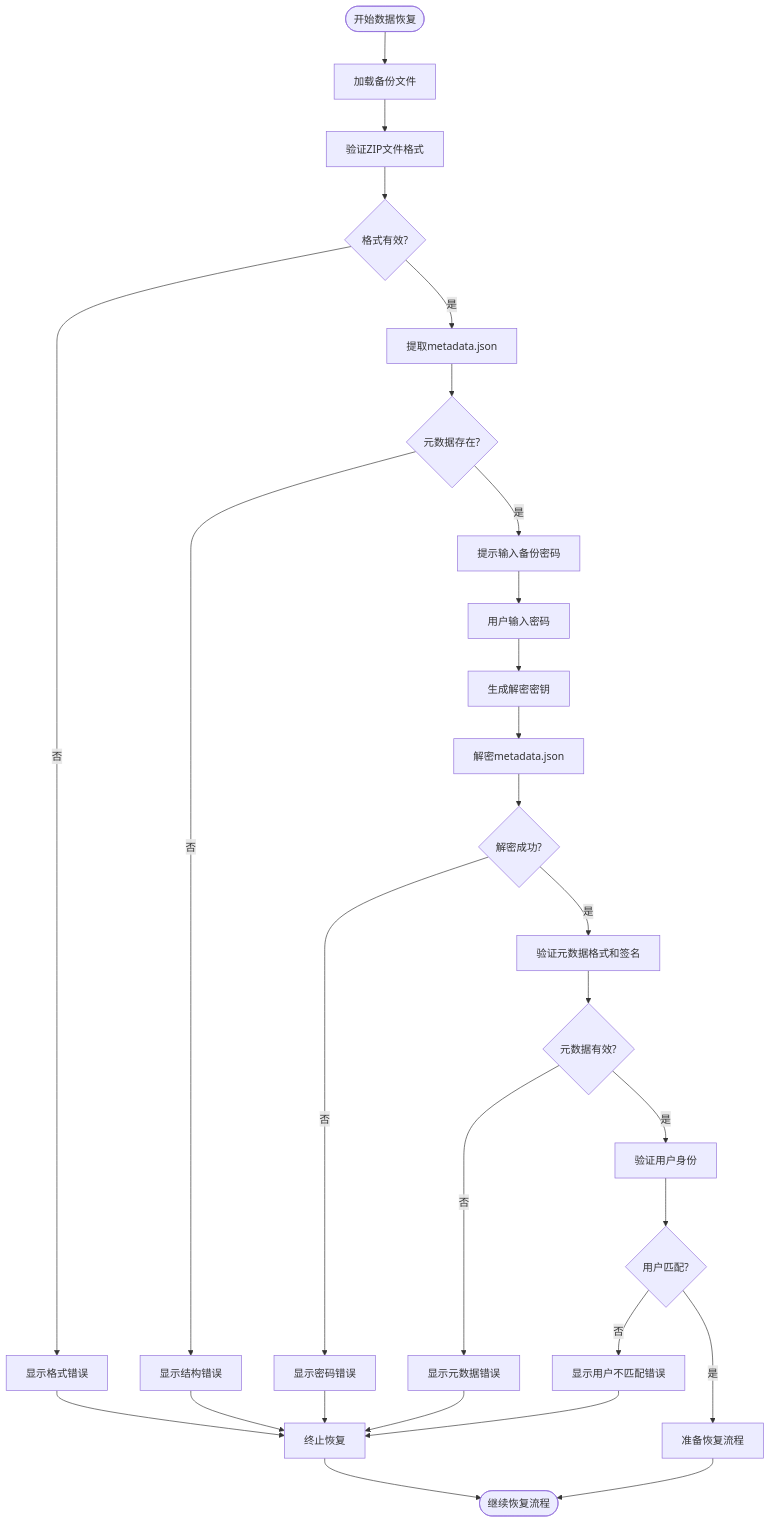
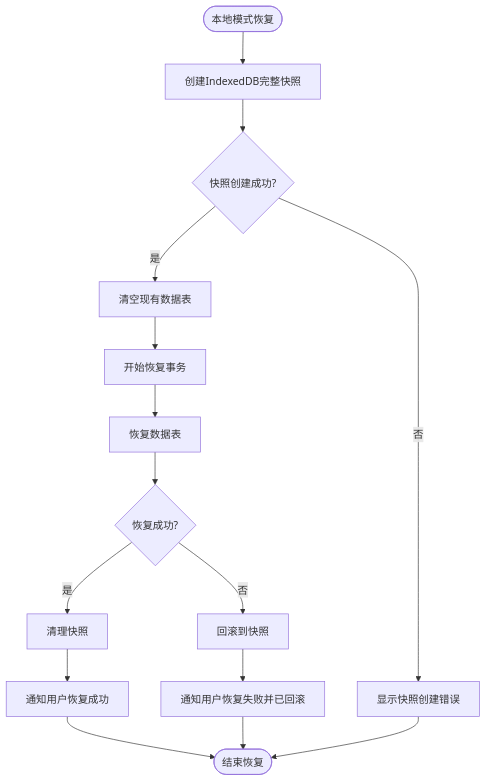
Before and after one commit to yingjianzh/iodraw-files: the diagram in all/未命名-52.md, drawn with Mermaid.

Commit message:
2025-05-09 17:30:33 update

````diff
--- a/all/未命名-52.md
+++ b/all/未命名-52.md
@@ -1,39 +1,26 @@
 ```mermaid
+
 flowchart TD
-    Start([开始数据恢复]) --> LoadBackupFile[加载备份文件]
-    LoadBackupFile --> ValidateZipFormat[验证ZIP文件格式]
+    Start([本地模式恢复]) --> CreateSnapshot[创建IndexedDB完整快照]
+    CreateSnapshot --> SnapshotCreated{快照创建成功?}
     
-    ValidateZipFormat --> FormatValid{格式有效?}
-    FormatValid -->|否| ShowFormatError[显示格式错误]
-    FormatValid -->|是| ExtractMetadata[提取metadata.json]
+    SnapshotCreated -->|否| ShowSnapshotError[显示快照创建错误]
+    SnapshotCreated -->|是| ClearExistingData[清空现有数据表]
     
-    ExtractMetadata --> MetadataExists{元数据存在?}
-    MetadataExists -->|否| ShowStructureError[显示结构错误]
-    MetadataExists -->|是| PromptPassword[提示输入备份密码]
+    ClearExistingData --> BeginTransaction[开始恢复事务]
+    BeginTransaction --> RestoreDataTables[恢复数据表]
     
-    PromptPassword --> UserInputsPassword[用户输入密码]
-    UserInputsPassword --> GenerateDecryptionKey[生成解密密钥]
-    GenerateDecryptionKey --> DecryptMetadata[解密metadata.json]
+    RestoreDataTables --> Success{恢复成功?}
+    Success -->|是| CleanupSnapshot[清理快照]
+    Success -->|否| RollbackChanges[回滚到快照]
     
-    DecryptMetadata --> DecryptSuccess{解密成功?}
-    DecryptSuccess -->|否| ShowPasswordError[显示密码错误]
-    DecryptSuccess -->|是| ValidateMetadata[验证元数据格式和签名]
     
-    ValidateMetadata --> MetadataValid{元数据有效?}
-    MetadataValid -->|否| ShowMetadataError[显示元数据错误]
-    MetadataValid -->|是| VerifyUserIdentity[验证用户身份]
+    RollbackChanges --> NotifyFailure[通知用户恢复失败并已回滚]
     
-    VerifyUserIdentity --> UserIdentityValid{用户匹配?}
-    UserIdentityValid -->|否| ShowUserError[显示用户不匹配错误]
-    UserIdentityValid -->|是| PrepareRestoreProcess[准备恢复流程]
+    CleanupSnapshot --> NotifySuccess[通知用户恢复成功]
     
-    PrepareRestoreProcess --> End([继续恢复流程])
-    
-    ShowFormatError --> AbortRestore[终止恢复]
-    ShowStructureError --> AbortRestore
-    ShowPasswordError --> AbortRestore
-    ShowMetadataError --> AbortRestore
-    ShowUserError --> AbortRestore
-    
-    AbortRestore --> End
+    NotifySuccess --> End([结束恢复])
+    NotifyFailure --> End
+    ShowSnapshotError --> End
+
 ```
````
